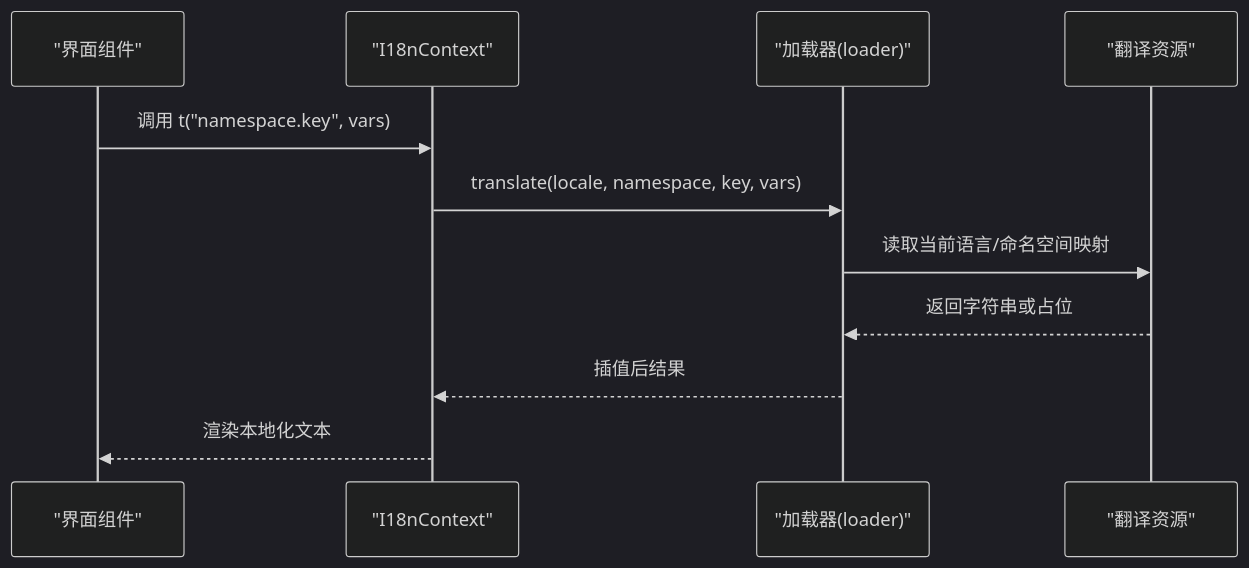
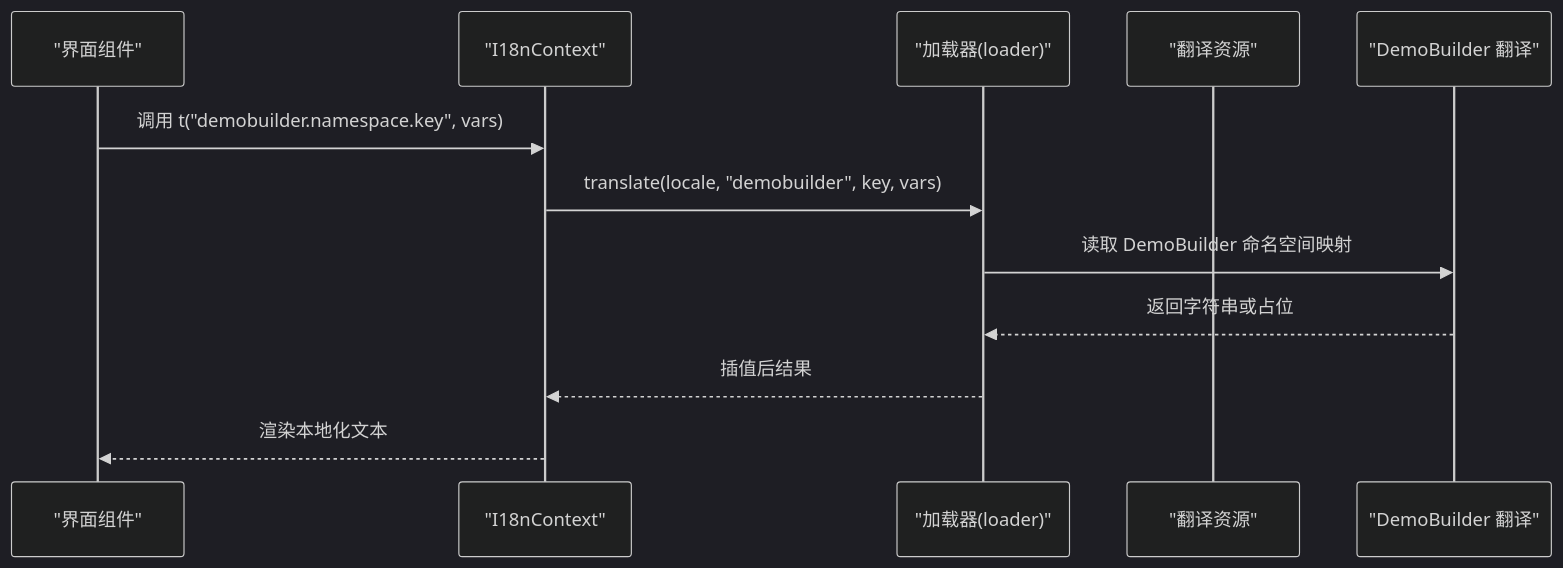
Before and after one commit to zhanggmin/openscreen: the second of 6 diagrams in .qoder/repowiki/zh/content/国际化系统.md, drawn with Mermaid (dark theme). The commit also changed other lines of this file and 87 other files, not shown here.

````diff
--- a/.qoder/repowiki/zh/content/国际化系统.md
+++ b/.qoder/repowiki/zh/content/国际化系统.md
@@ -86,13 +106,14 @@
 ```mermaid
 sequenceDiagram
 participant UI as "界面组件"
 participant Ctx as "I18nContext"
 participant Ldr as "加载器(loader)"
 participant Res as "翻译资源"
-UI->>Ctx : 调用 t("namespace.key", vars)
-Ctx->>Ldr : translate(locale, namespace, key, vars)
-Ldr->>Res : 读取当前语言/命名空间映射
-Res-->>Ldr : 返回字符串或占位
+participant DB as "DemoBuilder 翻译"
+UI->>Ctx : 调用 t("demobuilder.namespace.key", vars)
+Ctx->>Ldr : translate(locale, "demobuilder", key, vars)
+Ldr->>DB : 读取 DemoBuilder 命名空间映射
+DB-->>Ldr : 返回字符串或占位
 Ldr-->>Ctx : 插值后结果
 Ctx-->>UI : 渲染本地化文本
 ```
````
